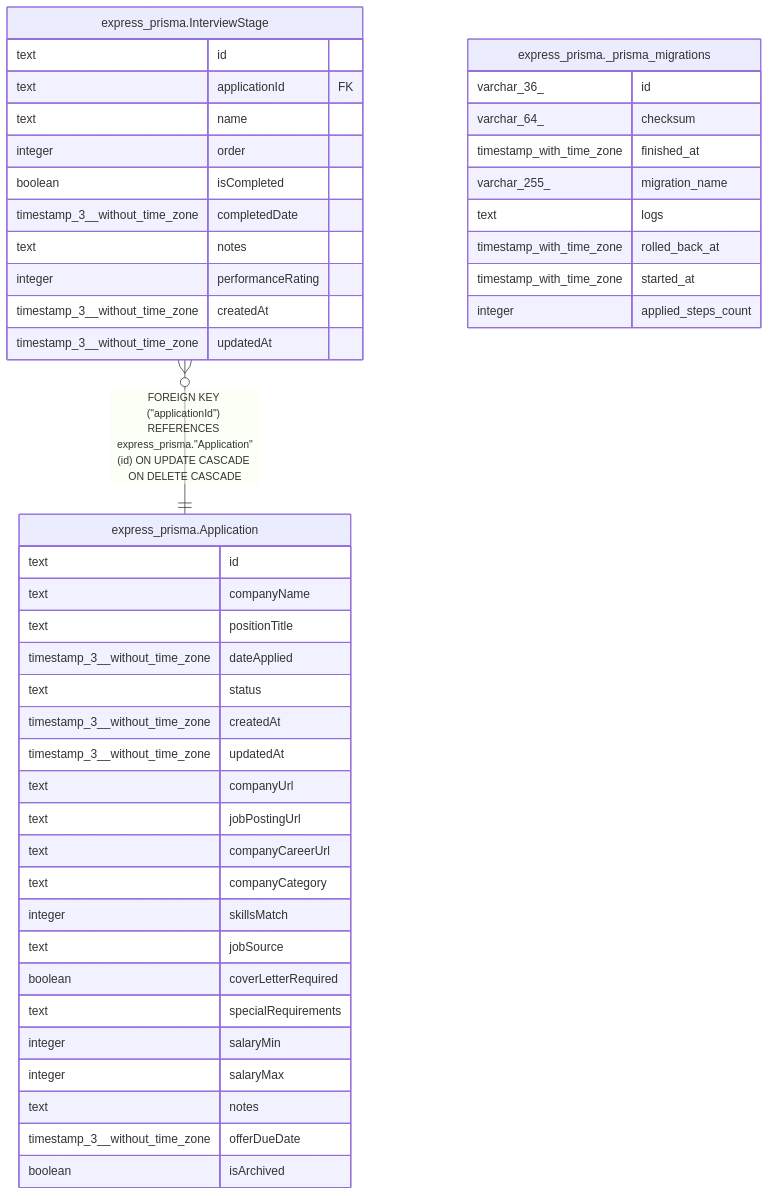
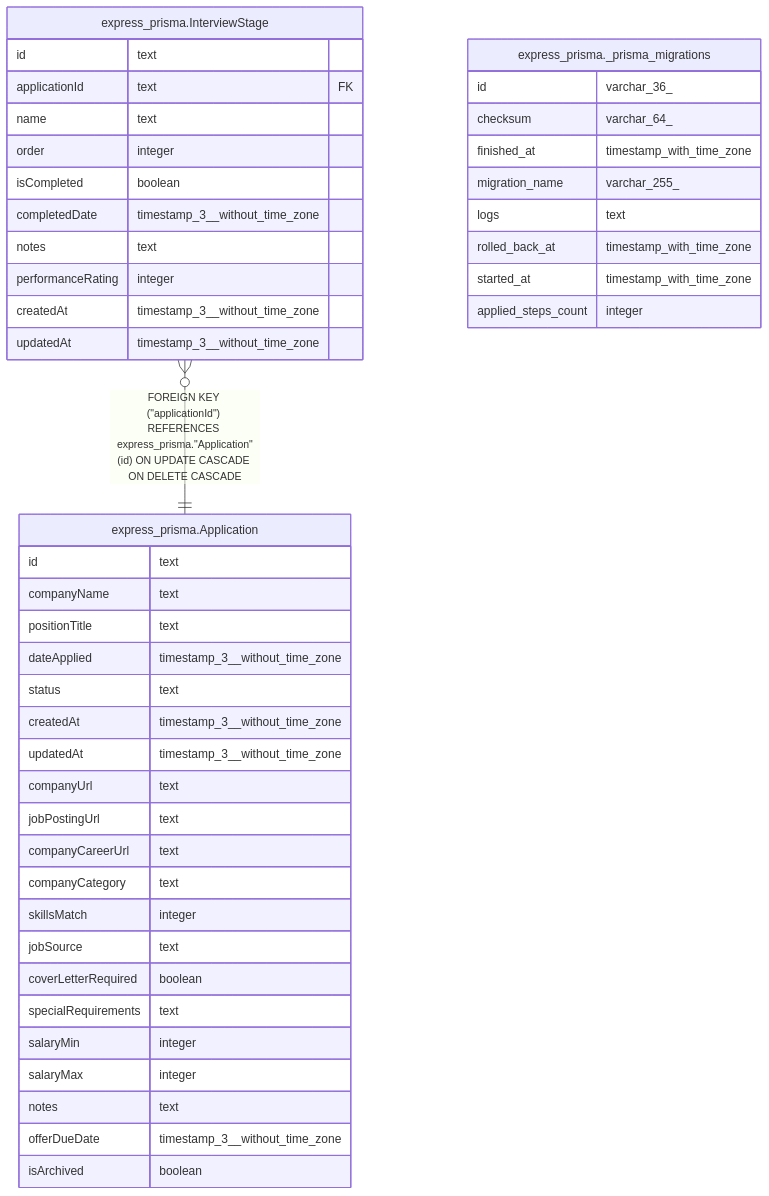
The diagram in docs/schema/express-prisma/README.md (WhatIfWeDigDeeper/application-tracker), drawn with Mermaid before and after one commit. The commit also changed 14 other files, not shown here.

First line of the commit message:
fix: swap column order in ERD diagrams to show name before type

````diff
--- a/docs/schema/express-prisma/README.md
+++ b/docs/schema/express-prisma/README.md
@@ -30,50 +30,50 @@
 ```mermaid
 erDiagram
 
 "express_prisma.InterviewStage" }o--|| "express_prisma.Application" : "FOREIGN KEY (#quot;applicationId#quot;) REFERENCES express_prisma.#quot;Application#quot;(id) ON UPDATE CASCADE ON DELETE CASCADE"
 
 "express_prisma._prisma_migrations" {
-  varchar_36_ id
-  varchar_64_ checksum
-  timestamp_with_time_zone finished_at
-  varchar_255_ migration_name
-  text logs
-  timestamp_with_time_zone rolled_back_at
-  timestamp_with_time_zone started_at
-  integer applied_steps_count
+  id varchar_36_
+  checksum varchar_64_
+  finished_at timestamp_with_time_zone
+  migration_name varchar_255_
+  logs text
+  rolled_back_at timestamp_with_time_zone
+  started_at timestamp_with_time_zone
+  applied_steps_count integer
 }
 "express_prisma.Application" {
-  text id
-  text companyName
-  text positionTitle
-  timestamp_3__without_time_zone dateApplied
-  text status
-  timestamp_3__without_time_zone createdAt
-  timestamp_3__without_time_zone updatedAt
-  text companyUrl
-  text jobPostingUrl
-  text companyCareerUrl
-  text companyCategory
-  integer skillsMatch
-  text jobSource
-  boolean coverLetterRequired
-  text specialRequirements
-  integer salaryMin
-  integer salaryMax
-  text notes
-  timestamp_3__without_time_zone offerDueDate
-  boolean isArchived
+  id text
+  companyName text
+  positionTitle text
+  dateApplied timestamp_3__without_time_zone
+  status text
+  createdAt timestamp_3__without_time_zone
+  updatedAt timestamp_3__without_time_zone
+  companyUrl text
+  jobPostingUrl text
+  companyCareerUrl text
+  companyCategory text
+  skillsMatch integer
+  jobSource text
+  coverLetterRequired boolean
+  specialRequirements text
+  salaryMin integer
+  salaryMax integer
+  notes text
+  offerDueDate timestamp_3__without_time_zone
+  isArchived boolean
 }
 "express_prisma.InterviewStage" {
-  text id
-  text applicationId FK
-  text name
-  integer order
-  boolean isCompleted
-  timestamp_3__without_time_zone completedDate
-  text notes
-  integer performanceRating
-  timestamp_3__without_time_zone createdAt
-  timestamp_3__without_time_zone updatedAt
+  id text
+  applicationId text FK
+  name text
+  order integer
+  isCompleted boolean
+  completedDate timestamp_3__without_time_zone
+  notes text
+  performanceRating integer
+  createdAt timestamp_3__without_time_zone
+  updatedAt timestamp_3__without_time_zone
 }
 ```
````
